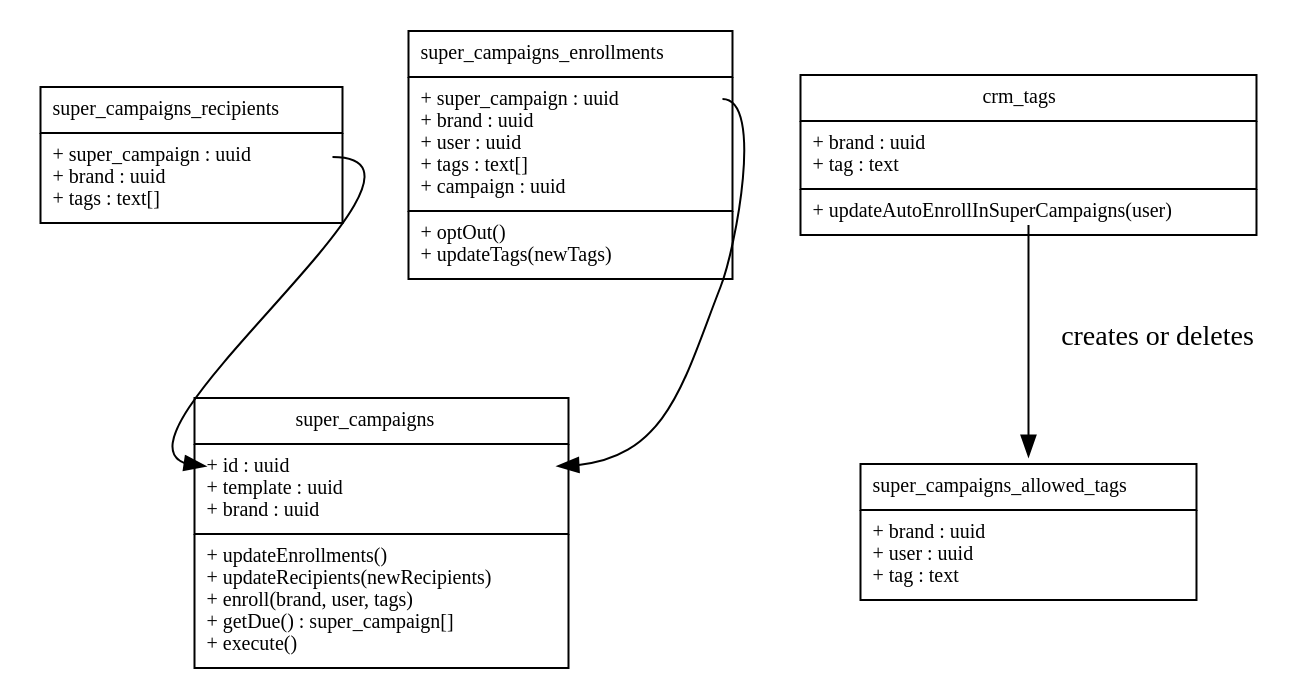
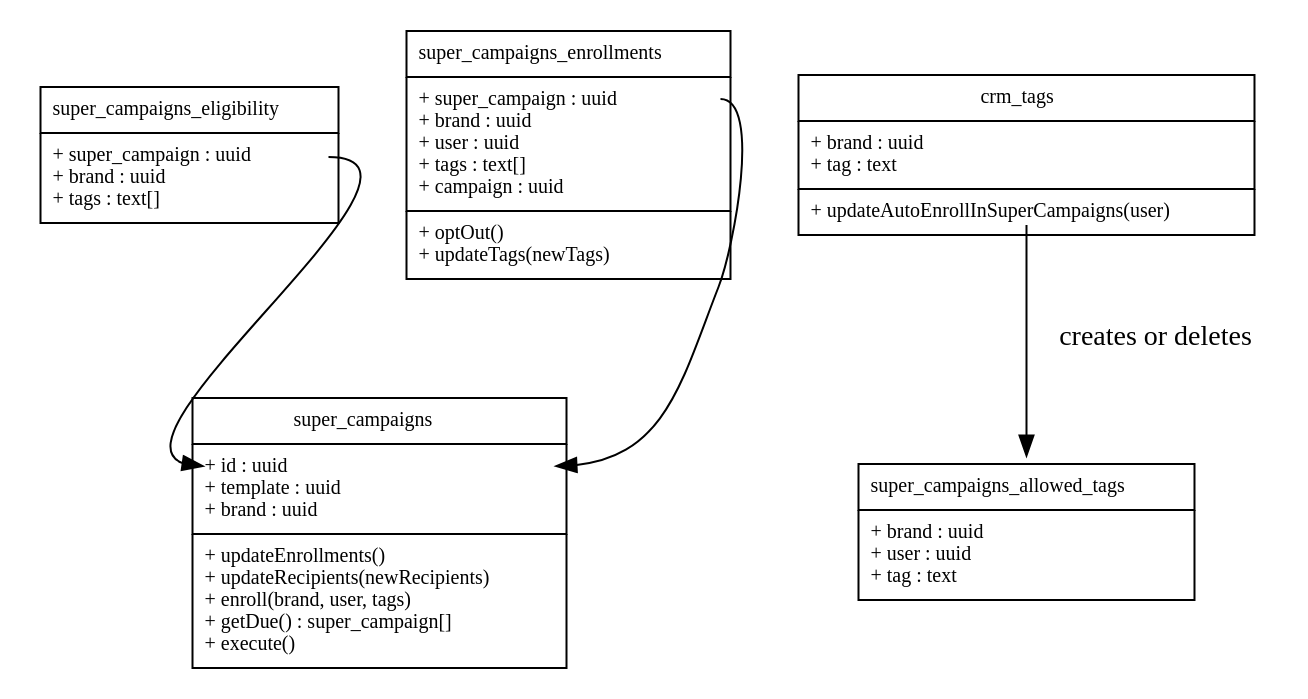
The diagram in lib/sql/email/super_campaign/erd.dot (dreamcareer7/real-estate-server), drawn with Graphviz before and after one commit. The commit also changed 28 other files, not shown here.

Commit message:
super_campaign: fix create and implement update endpoints

```diff
--- a/lib/sql/email/super_campaign/erd.dot
+++ b/lib/sql/email/super_campaign/erd.dot
@@ -1,125 +1,125 @@
 digraph G {
     fontname = "Bitstream Vera Sans"
 
     node [
         fontname = "Bitstream Vera Sans"
         fontsize = 10
         shape = "none"
     ]
     
     super_campaigns [
         label = <
             <table border="0" cellspacing="0" cellpadding="5">
                 <tr><td border="1">super_campaigns</td></tr>
                 <tr>
                     <td align="left" border="1" sides="LRB" balign="LEFT">
                         <table border="0" cellspacing="0" cellpadding="0" align="left">
                             <tr><td port="id" align="left">+ id : uuid</td></tr>
                             <tr><td align="left">+ template : uuid</td></tr>
                             <tr><td align="left">+ brand : uuid</td></tr>
                         </table>
                     </td>
                 </tr>
                 <tr>
                     <td align="left" border="1" sides="LRB" balign="LEFT">
                         <table border="0" cellspacing="0" cellpadding="0" align="left">
                             <tr><td align="left">+ updateEnrollments()</td></tr>
                             <tr><td align="left">+ updateRecipients(newRecipients)</td></tr>
                             <tr><td align="left">+ enroll(brand, user, tags)</td></tr>
                             <tr><td align="left">+ getDue() : super_campaign[]</td></tr>
                             <tr><td align="left">+ execute()</td></tr>
                         </table>
                     </td>
                 </tr>
             </table>
         >
     ]
     
-    super_campaigns_recipients [
+    super_campaigns_eligibility [
         label = <
             <table border="0" cellspacing="0" cellpadding="5">
-                <tr><td border="1">super_campaigns_recipients</td></tr>
+                <tr><td border="1">super_campaigns_eligibility</td></tr>
                 <tr>
                     <td align="left" border="1" sides="LRB" balign="LEFT">
                         <table border="0" cellspacing="0" cellpadding="0" align="left">
                             <tr><td port="super_campaign" align="left">+ super_campaign : uuid</td></tr>
                             <tr><td align="left">+ brand : uuid</td></tr>
                             <tr><td align="left">+ tags : text[]</td></tr>
                         </table>
                     </td>
                 </tr>
             </table>
         >
     ]
     
     super_campaigns_enrollments [
         label =<
             <table border="0" cellspacing="0" cellpadding="5">
                 <tr><td border="1">super_campaigns_enrollments</td></tr>
                 <tr>
                     <td align="left" border="1" sides="LRB" balign="LEFT">
                         <table border="0" cellspacing="0" cellpadding="0" align="left">
                             <tr><td port="super_campaign" align="left">+ super_campaign : uuid</td></tr>
                             <tr><td align="left">+ brand : uuid</td></tr>
                             <tr><td align="left">+ user : uuid</td></tr>
                             <tr><td align="left">+ tags : text[]</td></tr>
                             <tr><td align="left">+ campaign : uuid</td></tr>
                         </table>
                     </td>
                 </tr>
                 <tr>
                     <td align="left" border="1" sides="LRB" balign="LEFT">
                         <table border="0" cellspacing="0" cellpadding="0" align="left">
                             <tr><td align="left">+ optOut()</td></tr>
                             <tr><td align="left">+ updateTags(newTags)</td></tr>
                         </table>
                     </td>
                 </tr>
             </table>
         >
     ]
     
     super_campaigns_allowed_tags [
         label = <
             <table border="0" cellspacing="0" cellpadding="5">
                 <tr><td border="1">super_campaigns_allowed_tags</td></tr>
                 <tr>
                     <td align="left" border="1" sides="LRB" balign="LEFT">
                         <table border="0" cellspacing="0" cellpadding="0" align="left">
                             <tr><td align="left">+ brand : uuid</td></tr>
                             <tr><td align="left">+ user : uuid</td></tr>
                             <tr><td align="left">+ tag : text</td></tr>
                         </table>
                     </td>
                 </tr>
             </table>
         >
     ]
     
     crm_tags [
         label = <
             <table border="0" cellspacing="0" cellpadding="5">
                 <tr><td border="1">crm_tags</td></tr>
                 <tr>
                     <td align="left" border="1" sides="LRB" balign="LEFT">
                         <table border="0" cellspacing="0" cellpadding="0" align="left">
                             <tr><td align="left">+ brand : uuid</td></tr>
                             <tr><td align="left">+ tag : text</td></tr>
                         </table>
                     </td>
                 </tr>
                 <tr>
                     <td align="left" border="1" sides="LRB" balign="LEFT">
                         <table border="0" cellspacing="0" cellpadding="0" align="left">
                             <tr><td port="autoEnroll" align="left">+ updateAutoEnrollInSuperCampaigns(user)</td></tr>
                         </table>
                     </td>
                 </tr>
             </table>
         >
     ]
     
-    super_campaigns_recipients:super_campaign -> super_campaigns:id
+    super_campaigns_eligibility:super_campaign -> super_campaigns:id
     super_campaigns_enrollments:super_campaign -> super_campaigns:id
     crm_tags:autoEnroll ->super_campaigns_allowed_tags [label="creates or deletes"]
 }
```
